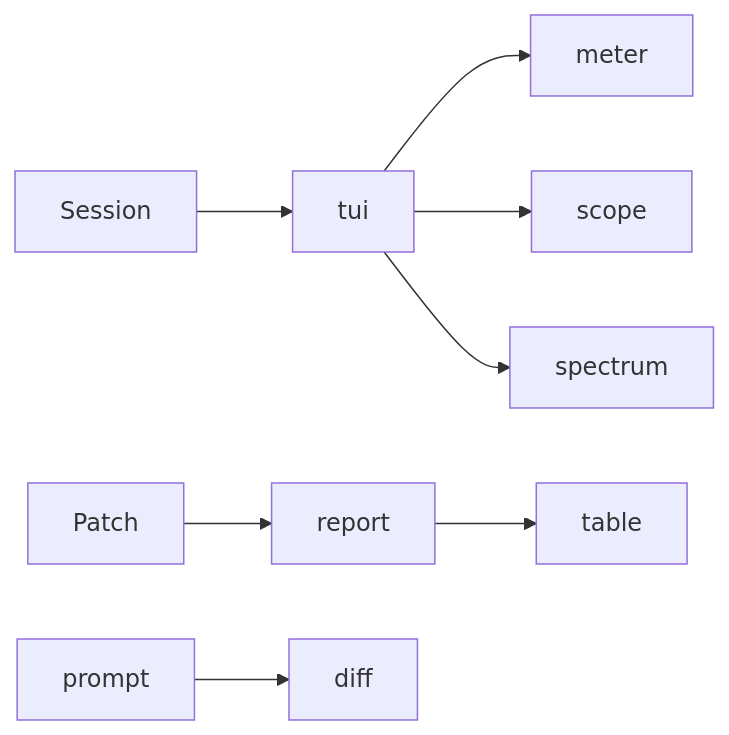
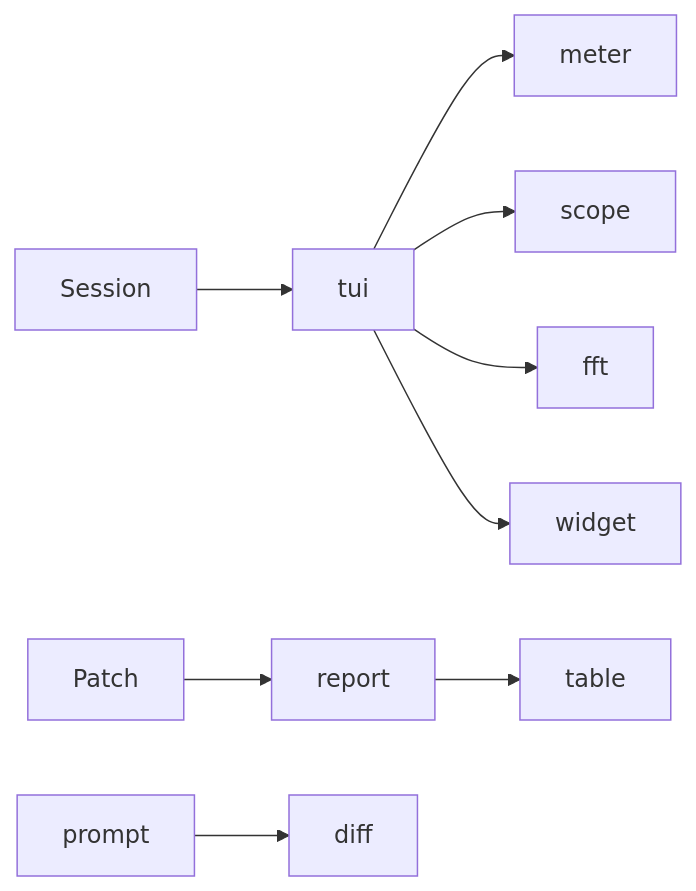
The diagram in src/view/README.md (turkosaurus/synth), drawn with Mermaid before and after one commit. The commit also changed other lines of this file and 6 other files, not shown here.

First line of the commit message:
view: draw the scope and spectrum from std-free widgets

````diff
--- a/src/view/README.md
+++ b/src/view/README.md
@@ -17,6 +18,6 @@
 ```mermaid
 flowchart LR
-    Session --> tui --> meter & scope & spectrum
+    Session --> tui --> meter & scope & fft & widget
     Patch --> report --> table
     prompt --> diff
 ```
````
